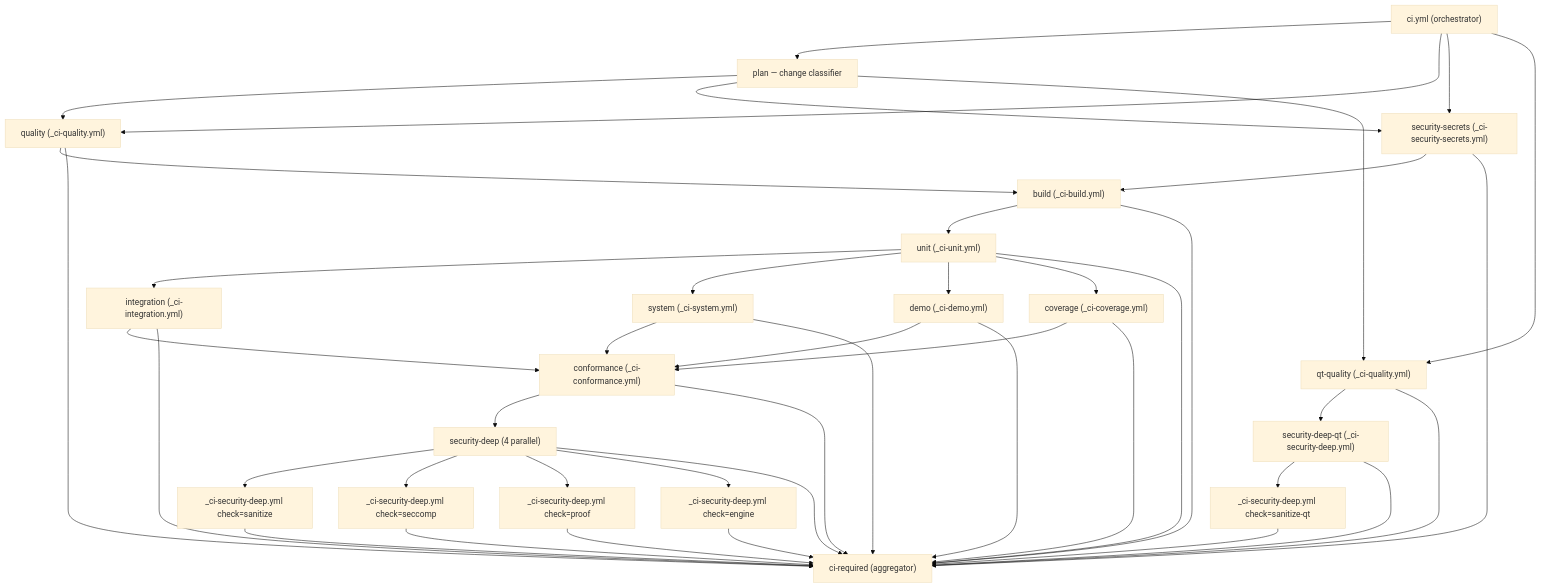
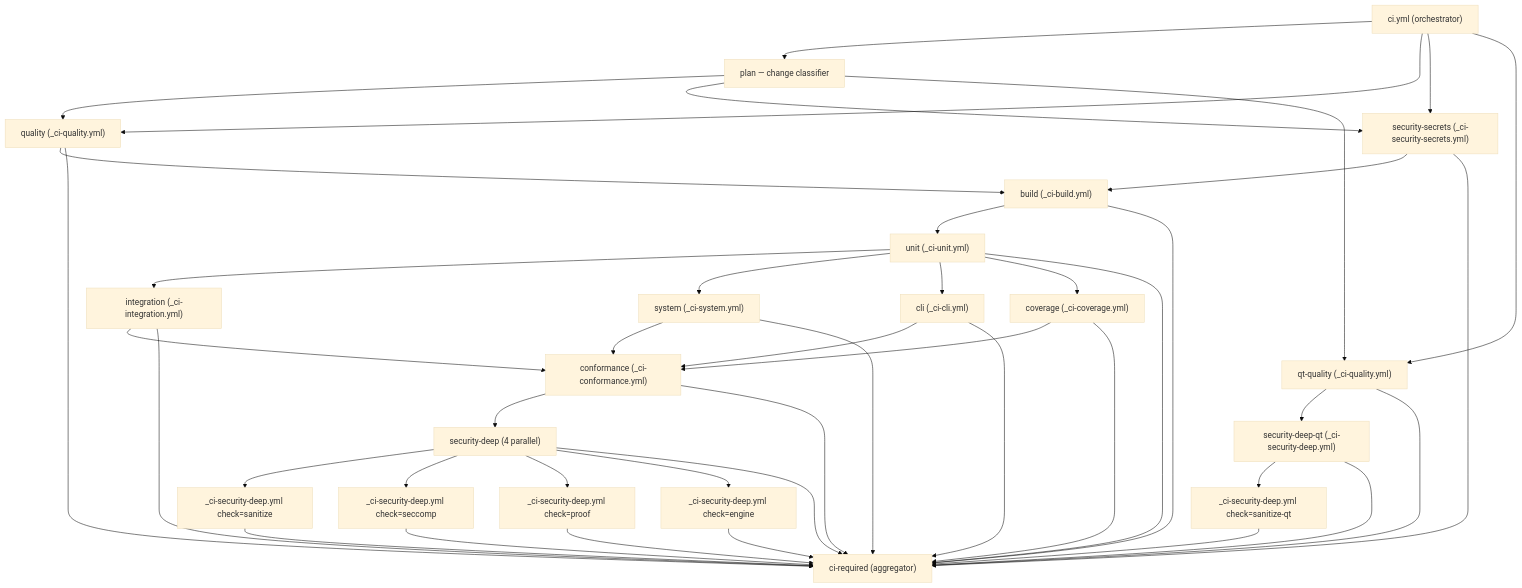
The diagram in doc/execution/ci.md (deeprnd/tickoni), drawn with Mermaid (base theme) before and after one commit. The commit also changed other lines of this file and 1 other file, not shown here.

Commit message:
update ci.md and s6 references to cli naming

````diff
--- a/doc/execution/ci.md
+++ b/doc/execution/ci.md
@@ -54,45 +54,45 @@
 ```mermaid
 flowchart TD
     A["ci.yml (orchestrator)"] --> B["plan — change classifier"]
     A --> Q["quality (_ci-quality.yml)"]
     A --> S["security-secrets (_ci-security-secrets.yml)"]
     A --> QTQ["qt-quality (_ci-quality.yml)"]
     B --> Q
     B --> S
     B --> QTQ
     Q --> Bld["build (_ci-build.yml)"]
     S --> Bld
     QTQ --> QtSec["security-deep-qt (_ci-security-deep.yml)"]
     QtSec --> QtSec1["_ci-security-deep.yml check=sanitize-qt"]
     Bld --> U["unit (_ci-unit.yml)"]
     U --> I["integration (_ci-integration.yml)"]
     U --> Sys["system (_ci-system.yml)"]
-    U --> D["demo (_ci-demo.yml)"]
+    U --> D["cli (_ci-cli.yml)"]
     U --> Cov["coverage (_ci-coverage.yml)"]
     I --> C["conformance (_ci-conformance.yml)"]
     Sys --> C
     D --> C
     Cov --> C
     C --> SD["security-deep (4 parallel)"]
     SD --> SD1["_ci-security-deep.yml check=sanitize"]
     SD --> SD2["_ci-security-deep.yml check=seccomp"]
     SD --> SD3["_ci-security-deep.yml check=proof"]
     SD --> SD4["_ci-security-deep.yml check=engine"]
     SD1 --> R["ci-required (aggregator)"]
     SD2 --> R
     SD3 --> R
     SD4 --> R
     QtSec1 --> R
     Q --> R
     S --> R
     QTQ --> R
     QtSec --> R
     Bld --> R
     U --> R
     I --> R
     Sys --> R
     D --> R
     Cov --> R
     C --> R
     SD --> R
 ```
````
